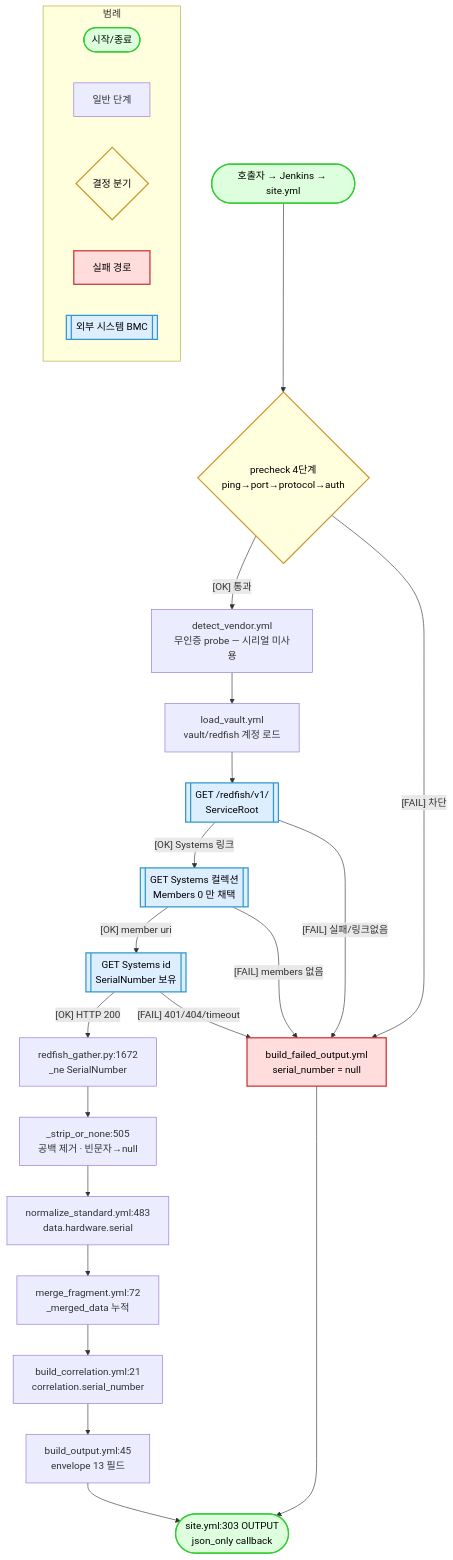
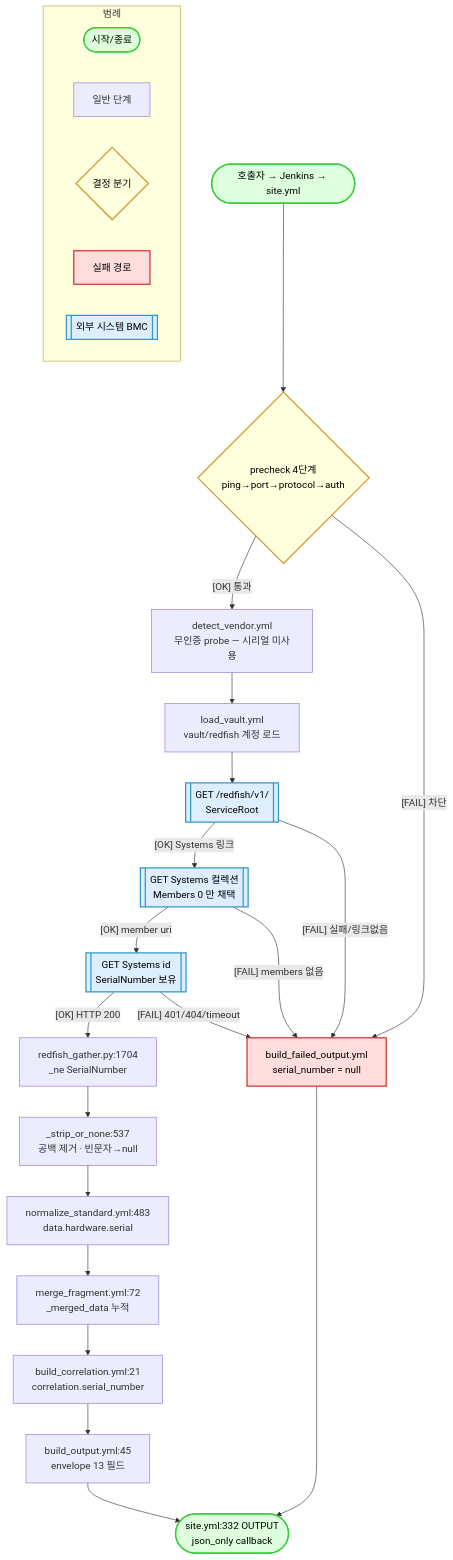
Before and after one commit to Jung-HyeonSu/server-expoter: the diagram in docs/ai/SERIAL-NUMBER-TRACE-2026-08-11.md, drawn with Mermaid. The commit also changed other lines of this file, not shown here.

````diff
--- a/docs/ai/SERIAL-NUMBER-TRACE-2026-08-11.md
+++ b/docs/ai/SERIAL-NUMBER-TRACE-2026-08-11.md
@@ -607,44 +633,44 @@
 ```mermaid
 flowchart TD
   START([호출자 → Jenkins → site.yml]):::ok
   PRECHECK{precheck 4단계<br/>ping→port→protocol→auth}:::warn
   DETECT[detect_vendor.yml<br/>무인증 probe — 시리얼 미사용]
   VAULT[load_vault.yml<br/>vault/redfish 계정 로드]
   SROOT[[GET /redfish/v1/<br/>ServiceRoot]]:::ext
   SYSCOLL[[GET Systems 컬렉션<br/>Members 0 만 채택]]:::ext
   SYSGET[[GET Systems id<br/>SerialNumber 보유]]:::ext
-  EXTRACT[redfish_gather.py:1672<br/>_ne SerialNumber]
-  NORM[_strip_or_none:505<br/>공백 제거 · 빈문자→null]
+  EXTRACT[redfish_gather.py:1704<br/>_ne SerialNumber]
+  NORM[_strip_or_none:537<br/>공백 제거 · 빈문자→null]
   FRAG[normalize_standard.yml:483<br/>data.hardware.serial]
   MERGE[merge_fragment.yml:72<br/>_merged_data 누적]
   CORR[build_correlation.yml:21<br/>correlation.serial_number]
   OUT[build_output.yml:45<br/>envelope 13 필드]
-  EMIT([site.yml:303 OUTPUT<br/>json_only callback]):::ok
+  EMIT([site.yml:332 OUTPUT<br/>json_only callback]):::ok
   FAILP[build_failed_output.yml<br/>serial_number = null]:::ng
 
   START --> PRECHECK
   PRECHECK -- "[OK] 통과" --> DETECT
   PRECHECK -- "[FAIL] 차단" --> FAILP
   DETECT --> VAULT --> SROOT
   SROOT -- "[OK] Systems 링크" --> SYSCOLL
   SROOT -- "[FAIL] 실패/링크없음" --> FAILP
   SYSCOLL -- "[OK] member uri" --> SYSGET
   SYSCOLL -- "[FAIL] members 없음" --> FAILP
   SYSGET -- "[OK] HTTP 200" --> EXTRACT
   SYSGET -- "[FAIL] 401/404/timeout" --> FAILP
   EXTRACT --> NORM --> FRAG --> MERGE --> CORR --> OUT --> EMIT
   FAILP --> EMIT
 
   subgraph LEGEND ["범례"]
     L1([시작/종료]):::ok
     L2[일반 단계]
     L3{결정 분기}:::warn
     L4[실패 경로]:::ng
     L5[[외부 시스템 BMC]]:::ext
   end
 
   classDef ok  fill:#dfd,stroke:#3c3,stroke-width:2px,color:#000
   classDef ng  fill:#fdd,stroke:#c33,stroke-width:2px,color:#000
   classDef warn fill:#ffd,stroke:#c93,stroke-width:2px,color:#000
   classDef ext fill:#def,stroke:#39c,stroke-width:2px,color:#000
 ```
````
